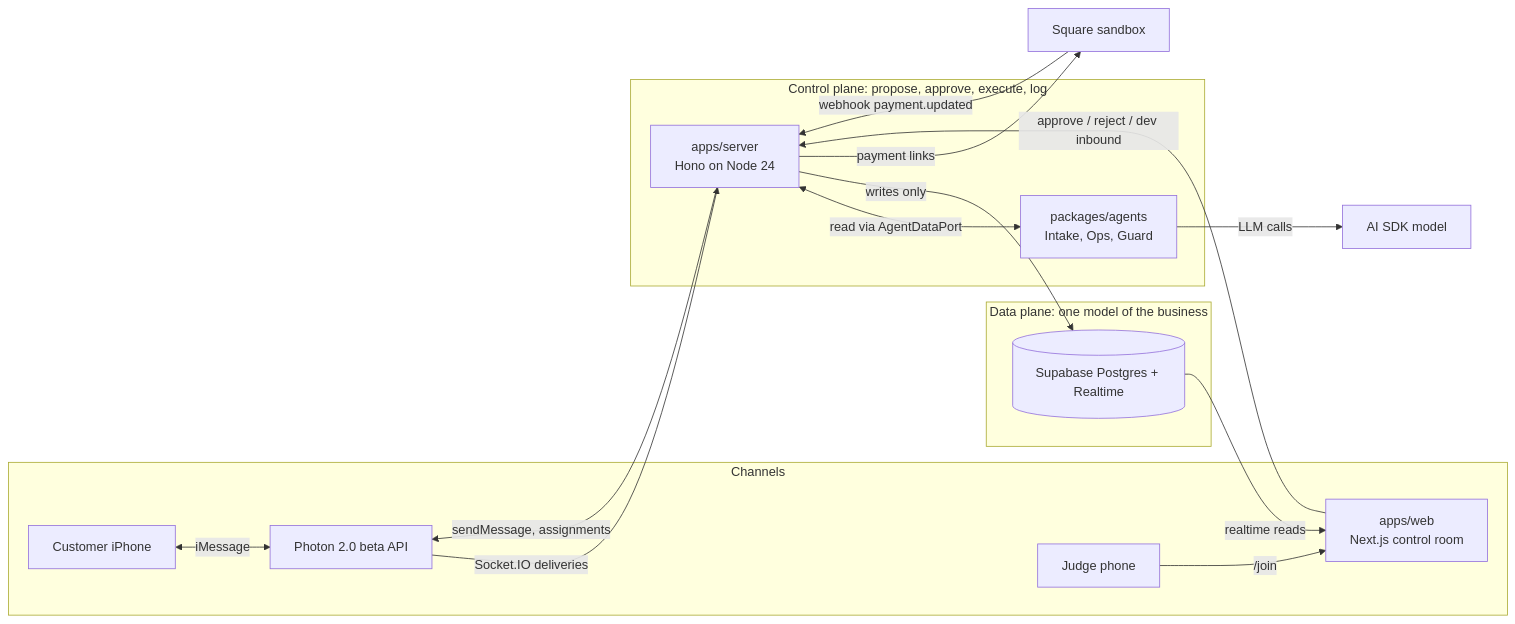
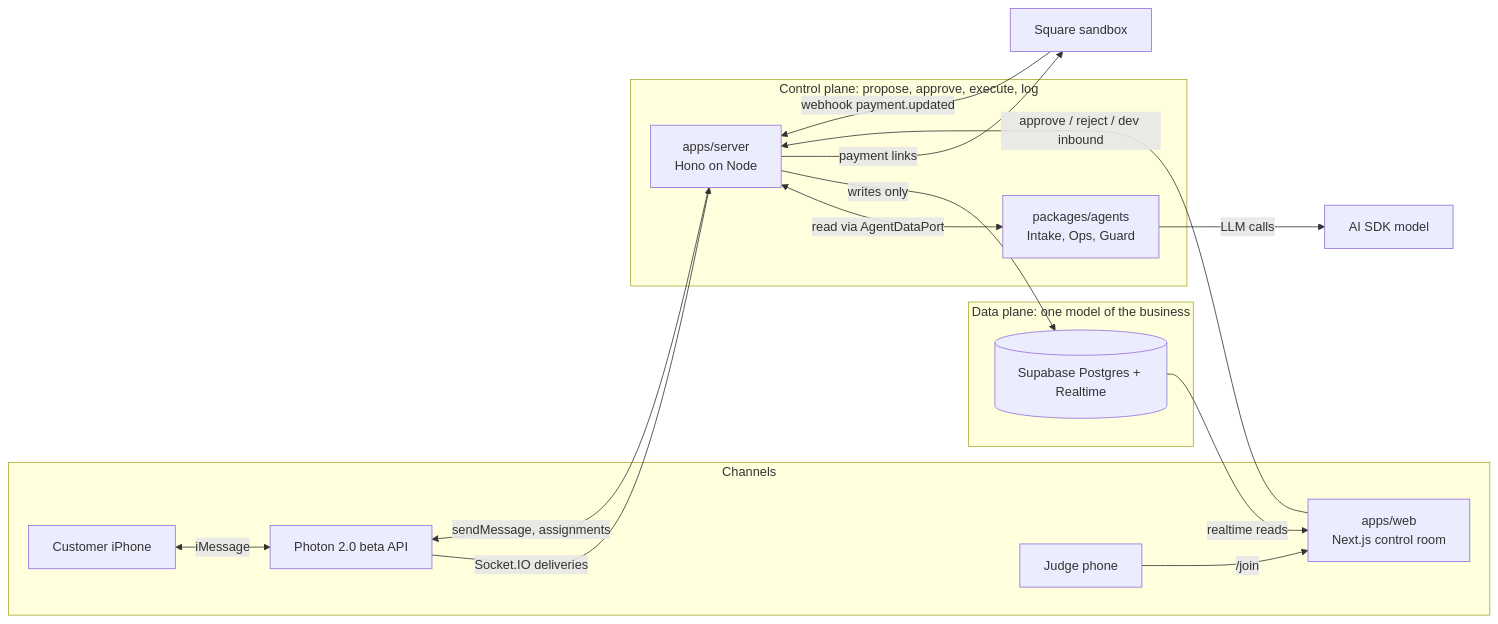
One commit to mojipao/DubHacks2026 changed the first of 2 diagrams in planning/ARCHITECTURE.md. Above: the diagram before and after it, drawn with Mermaid. The commit also changed other lines of this file and 2 other files, not shown here.

````diff
--- a/planning/ARCHITECTURE.md
+++ b/planning/ARCHITECTURE.md
@@ -7,26 +7,26 @@
 ```mermaid
 flowchart LR
   subgraph Channels
     Phone[Customer iPhone] <-->|iMessage| Photon[Photon 2.0 beta API]
     Judge[Judge phone] -->|/join| Web
   end
 
   subgraph DataPlane[Data plane: one model of the business]
     DB[(Supabase Postgres + Realtime)]
   end
 
   subgraph ControlPlane[Control plane: propose, approve, execute, log]
-    Server[apps/server<br/>Hono on Node 24]
+    Server[apps/server<br/>Hono on Node]
     Agents[packages/agents<br/>Intake, Ops, Guard]
   end
 
   Web[apps/web<br/>Next.js control room] -->|approve / reject / dev inbound| Server
   DB -->|realtime reads| Web
   Photon -->|Socket.IO deliveries| Server
   Server -->|sendMessage, assignments| Photon
   Server <-->|read via AgentDataPort| Agents
   Server -->|writes only| DB
   Server -->|payment links| Square[Square sandbox]
   Square -->|webhook payment.updated| Server
   Agents -->|LLM calls| LLM[AI SDK model]
 ```
````
